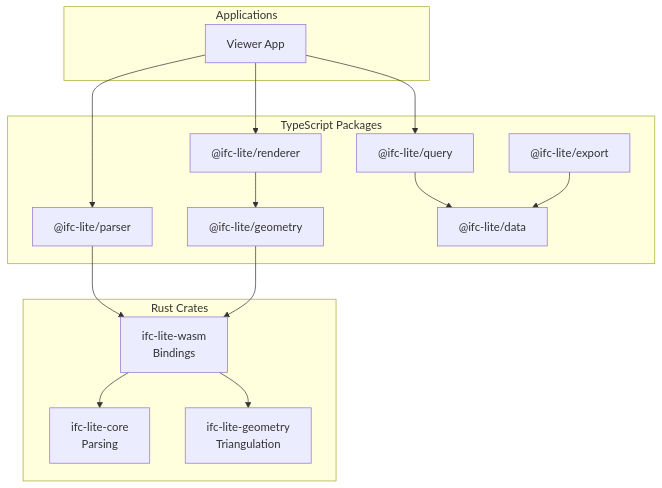
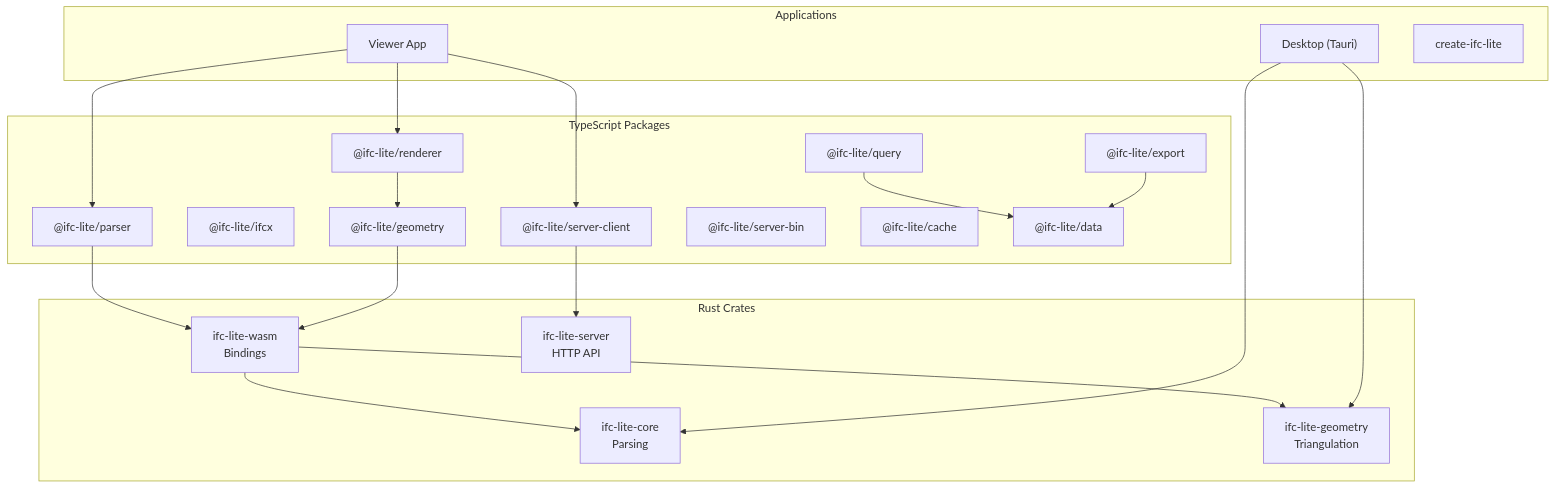
One commit to louistrue/ifc-lite changed the sixth of 17 diagrams in docs/architecture/overview.md. Above: the diagram before and after it, drawn with Mermaid. The commit also changed other lines of this file and 7 other files, not shown here.

First line of the commit message:
docs: comprehensive update for server architecture, IFC5 support, and new features

````diff
--- a/docs/architecture/overview.md
+++ b/docs/architecture/overview.md
@@ -136,32 +186,42 @@
 ```mermaid
 graph TB
     subgraph Rust["Rust Crates"]
         Core["ifc-lite-core<br/>Parsing"]
         Geo["ifc-lite-geometry<br/>Triangulation"]
         Wasm["ifc-lite-wasm<br/>Bindings"]
+        Server["ifc-lite-server<br/>HTTP API"]
     end
 
     subgraph TS["TypeScript Packages"]
         Parser["@ifc-lite/parser"]
+        IFCX["@ifc-lite/ifcx"]
         Geometry["@ifc-lite/geometry"]
         Renderer["@ifc-lite/renderer"]
+        ServerClient["@ifc-lite/server-client"]
+        ServerBin["@ifc-lite/server-bin"]
+        Cache["@ifc-lite/cache"]
         Query["@ifc-lite/query"]
         Data["@ifc-lite/data"]
         Export["@ifc-lite/export"]
     end
 
     subgraph Apps["Applications"]
         Viewer["Viewer App"]
+        Desktop["Desktop (Tauri)"]
+        CLI["create-ifc-lite"]
     end
 
     Wasm --> Core
     Wasm --> Geo
     Parser --> Wasm
     Geometry --> Wasm
     Renderer --> Geometry
+    ServerClient --> Server
     Query --> Data
     Export --> Data
     Viewer --> Parser
     Viewer --> Renderer
-    Viewer --> Query
+    Viewer --> ServerClient
+    Desktop --> Core
+    Desktop --> Geo
 ```
````
